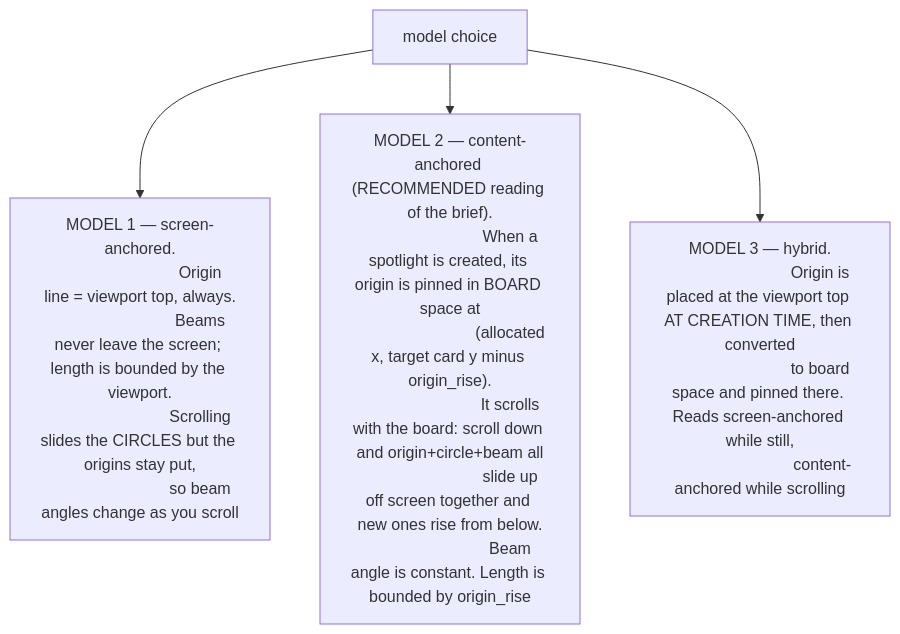
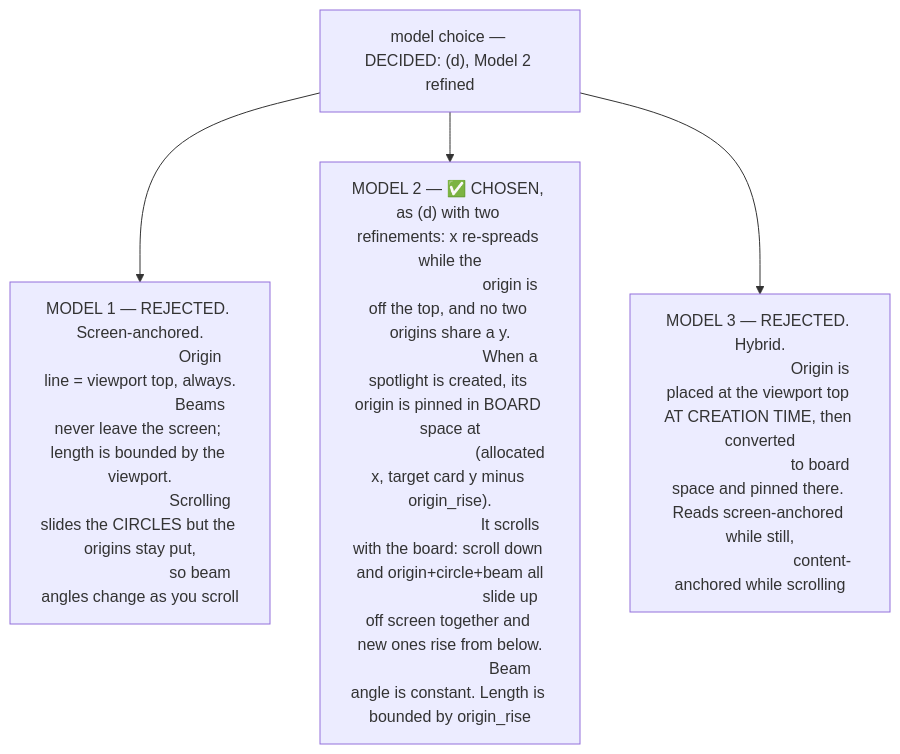
Before and after one commit to ucsdRgross/gamedev: diagram 11 of 19 in solatro/design/spotlight/DESIGN.md, drawn with Mermaid. The commit also changed other lines of this file and 25 other files, not shown here.

````diff
--- a/solatro/design/spotlight/DESIGN.md
+++ b/solatro/design/spotlight/DESIGN.md
@@ -754,18 +1097,19 @@
 ```mermaid
 flowchart TD
-  J1["model choice"] --> J2["MODEL 1 — screen-anchored.
+  J1["model choice — DECIDED: (d), Model 2 refined"] --> J2["MODEL 1 — REJECTED. Screen-anchored.
                             Origin line = viewport top, always.
                             Beams never leave the screen; length is bounded by the viewport.
                             Scrolling slides the CIRCLES but the origins stay put,
                             so beam angles change as you scroll"]
-  J1 --> J3["MODEL 2 — content-anchored (RECOMMENDED reading of the brief).
+  J1 --> J3["MODEL 2 — ✅ CHOSEN, as (d) with two refinements: x re-spreads while the
+                            origin is off the top, and no two origins share a y.
                             When a spotlight is created, its origin is pinned in BOARD space at
                             (allocated x, target card y minus origin_rise).
                             It scrolls with the board: scroll down and origin+circle+beam all
                             slide up off screen together and new ones rise from below.
                             Beam angle is constant. Length is bounded by origin_rise"]
-  J1 --> J4["MODEL 3 — hybrid.
+  J1 --> J4["MODEL 3 — REJECTED. Hybrid.
                             Origin is placed at the viewport top AT CREATION TIME, then converted
                             to board space and pinned there. Reads screen-anchored while still,
                             content-anchored while scrolling"]
 ```
````
